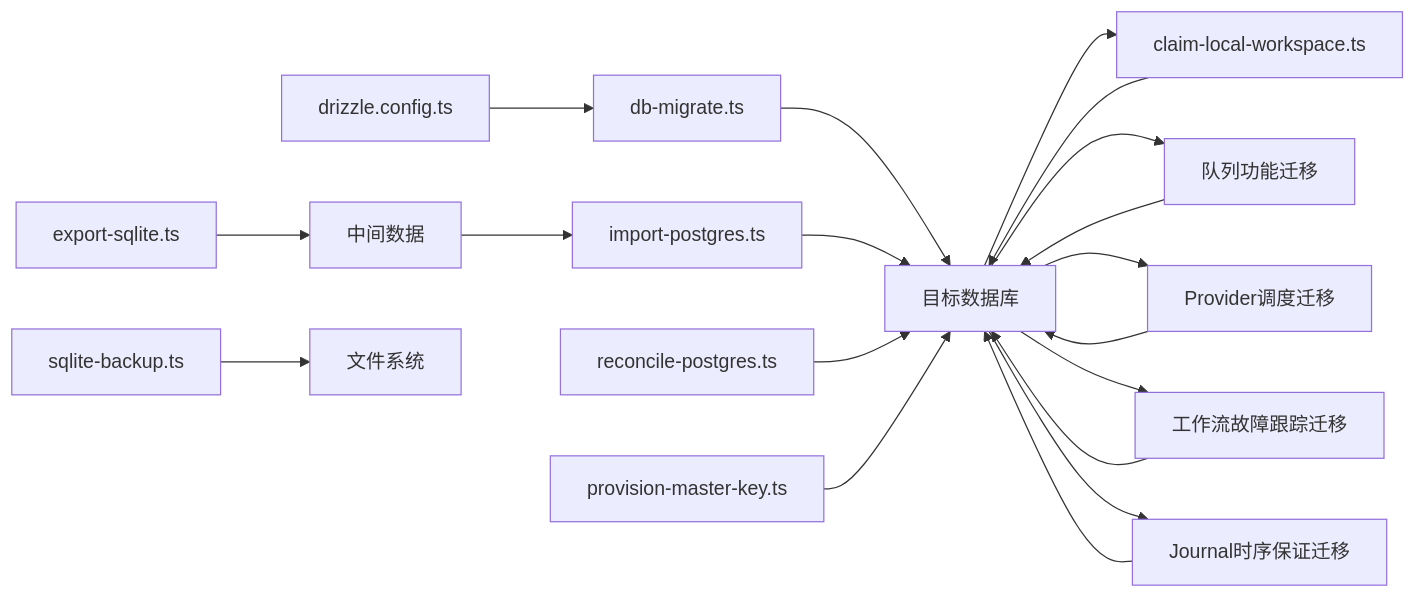
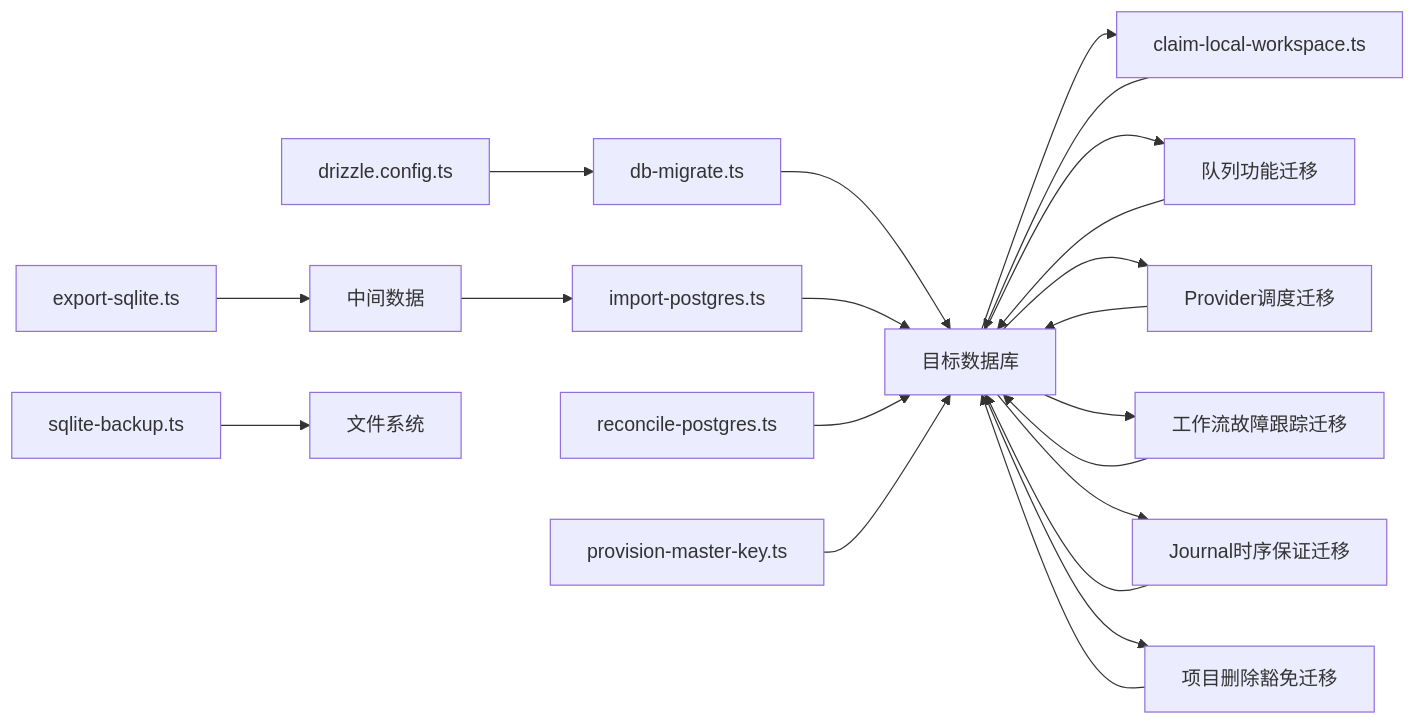
One commit to scottcwy/PurpleInk changed the ninth of 9 diagrams in .qoder/repowiki/zh/content/后端架构/数据访问层/数据迁移策略.md. Above: the diagram before and after it, drawn with Mermaid. The commit also changed other lines of this file and 23 other files, not shown here.

````diff
--- a/.qoder/repowiki/zh/content/后端架构/数据访问层/数据迁移策略.md
+++ b/.qoder/repowiki/zh/content/后端架构/数据访问层/数据迁移策略.md
@@ -600,21 +681,23 @@
 ```mermaid
 graph LR
 Conf["drizzle.config.ts"] --> Migrate["db-migrate.ts"]
 Migrate --> DB["目标数据库"]
 Export["export-sqlite.ts"] --> Middle["中间数据"]
 Middle --> Import["import-postgres.ts"]
 Import --> DB
 Reconcile["reconcile-postgres.ts"] --> DB
 Backup["sqlite-backup.ts"] --> FS["文件系统"]
 Key["provision-master-key.ts"] --> DB
 Claim["claim-local-workspace.ts"] --> DB
 Queue["队列功能迁移"] --> DB
 Provider["Provider调度迁移"] --> DB
 Fault["工作流故障跟踪迁移"] --> DB
 Journal["Journal时序保证迁移"] --> DB
+Purge["项目删除豁免迁移"] --> DB
 DB --> Claim
 DB --> Queue
 DB --> Provider
 DB --> Fault
 DB --> Journal
+DB --> Purge
 ```
````
